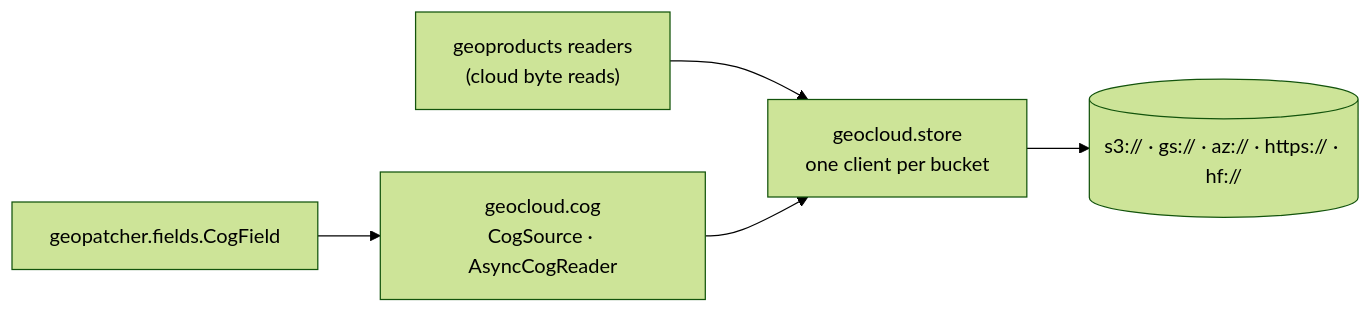
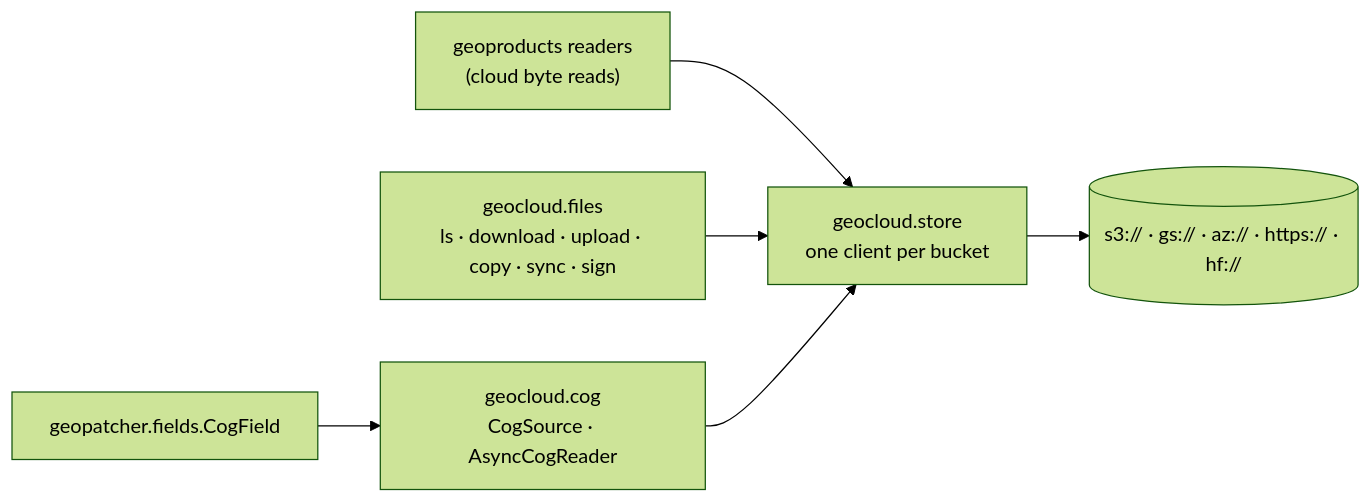
Before and after one commit to jejjohnson/geotoolz: the diagram in docs/cloud/index.md, drawn with Mermaid (forest theme). The commit also changed other lines of this file and 18 other files, not shown here.

First line of the commit message:
feat(cloud): add geocloud.files — list, read, write, move and sign objects by uri (#441)

````diff
--- a/docs/cloud/index.md
+++ b/docs/cloud/index.md
@@ -20,7 +21,8 @@
 ```mermaid
 flowchart LR
     P["geopatcher.fields.CogField"] --> C
     R["geoproducts readers<br/>(cloud byte reads)"] --> S
+    F["geocloud.files<br/>ls · download · upload · copy · sync · sign"] --> S
     C["geocloud.cog<br/>CogSource · AsyncCogReader"] --> S["geocloud.store<br/>one client per bucket"]
     S --> B[("s3:// · gs:// · az:// · https:// · hf://")]
 ```
````
